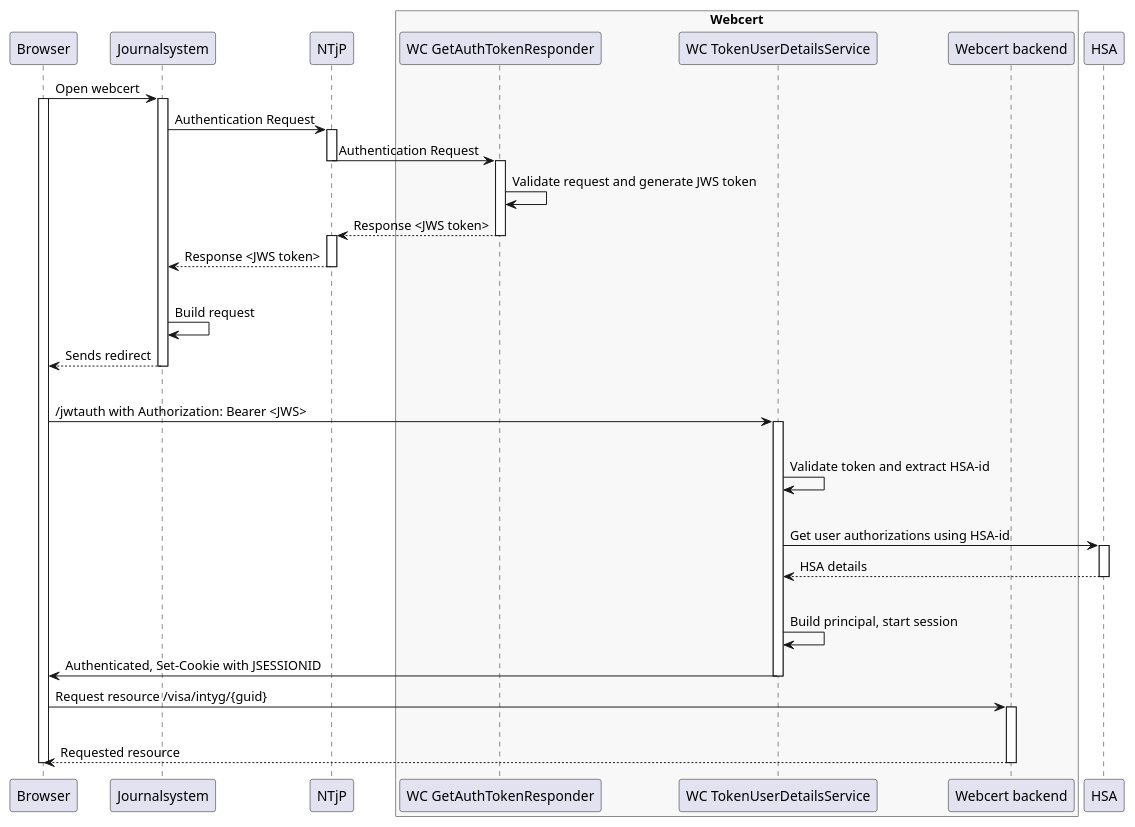
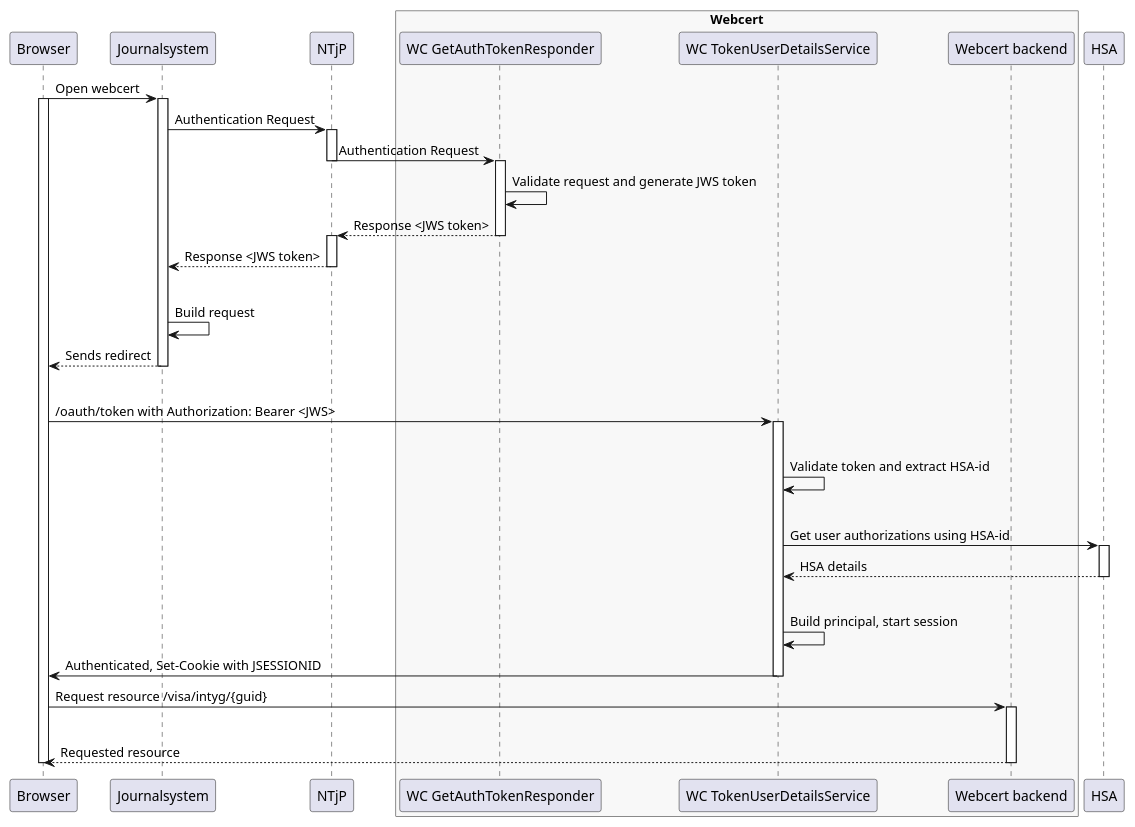
Before and after one commit to sklintyg/webcert: the diagram in docs/plantuml/efos-alt1.puml, drawn with PlantUML. The commit also changed 12 other files, not shown here.

```diff
--- a/docs/plantuml/efos-alt1.puml
+++ b/docs/plantuml/efos-alt1.puml
@@ -1,65 +1,65 @@
 @startuml
 participant Browser
 participant Journalsystem
 participant NTjP
 box "Webcert" #F8F8F8
 	participant "WC GetAuthTokenResponder"
 	participant "WC TokenUserDetailsService"
 	participant "Webcert backend"
 end box
 
 participant HSA
 
 Browser -> Journalsystem: Open webcert
 activate Browser
 activate Journalsystem
 
 Journalsystem -> "NTjP": Authentication Request
 
 activate NTjP
 NTjP -> "WC GetAuthTokenResponder": Authentication Request
 deactivate NTjP
 
 activate "WC GetAuthTokenResponder"
 
 "WC GetAuthTokenResponder" -> "WC GetAuthTokenResponder": Validate request and generate JWS token
 
 "WC GetAuthTokenResponder" --> NTjP: Response <JWS token>
 deactivate "WC GetAuthTokenResponder"
 activate NTjP
 "NTjP" --> Journalsystem: Response <JWS token>
 deactivate NTjP
 |||
 Journalsystem -> Journalsystem: Build request
 Journalsystem --> Browser: Sends redirect
 deactivate Journalsystem
 
 |||
-Browser -> "WC TokenUserDetailsService": /jwtauth with Authorization: Bearer <JWS>
+Browser -> "WC TokenUserDetailsService": /oauth/token with Authorization: Bearer <JWS>
 
 
 activate  "WC TokenUserDetailsService"
 
 
 |||
 "WC TokenUserDetailsService" -> "WC TokenUserDetailsService": Validate token and extract HSA-id
 
 |||
 "WC TokenUserDetailsService" -> HSA: Get user authorizations using HSA-id
 activate HSA
 HSA --> "WC TokenUserDetailsService": HSA details
 deactivate HSA
 |||
 "WC TokenUserDetailsService" -> "WC TokenUserDetailsService": Build principal, start session
 "WC TokenUserDetailsService" -> "Browser": Authenticated, Set-Cookie with JSESSIONID
 deactivate  "WC TokenUserDetailsService"
 Browser -> "Webcert backend": Request resource /visa/intyg/{guid}
 activate "Webcert backend"
 |||
 "Webcert backend" --> Browser: Requested resource
 
 deactivate "Webcert backend"
 
 deactivate Browser
 
 @enduml
```
